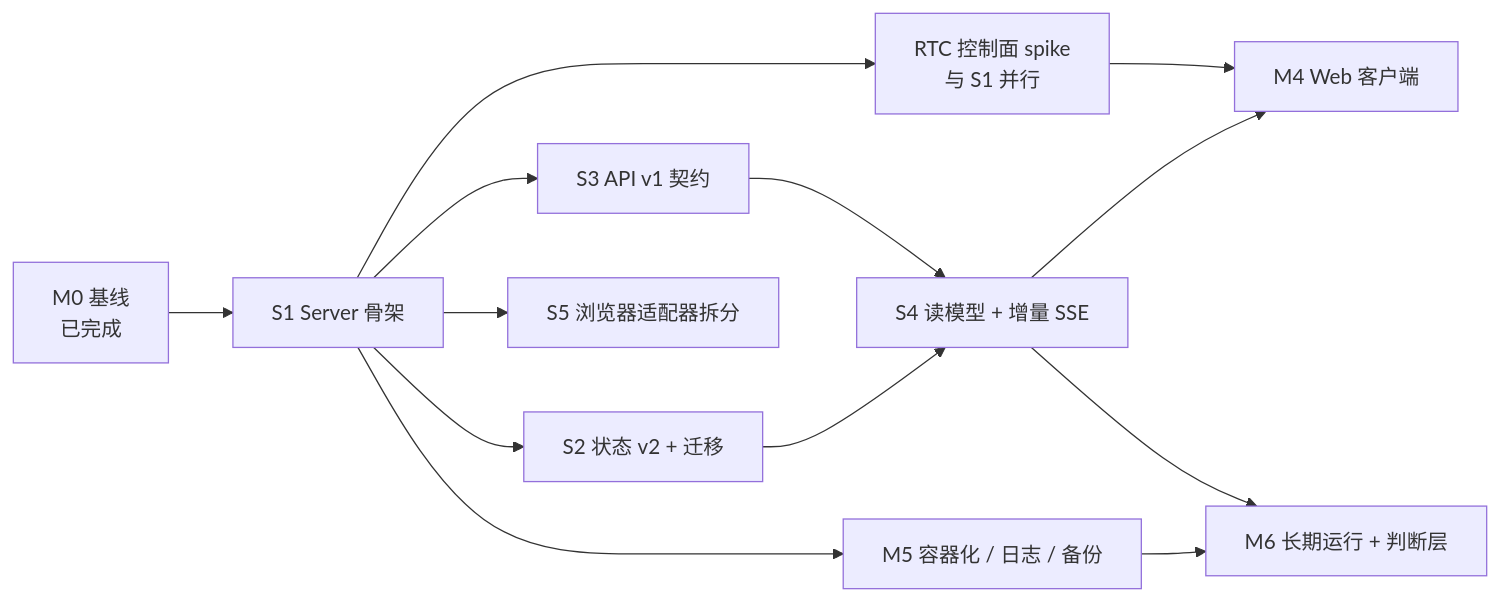
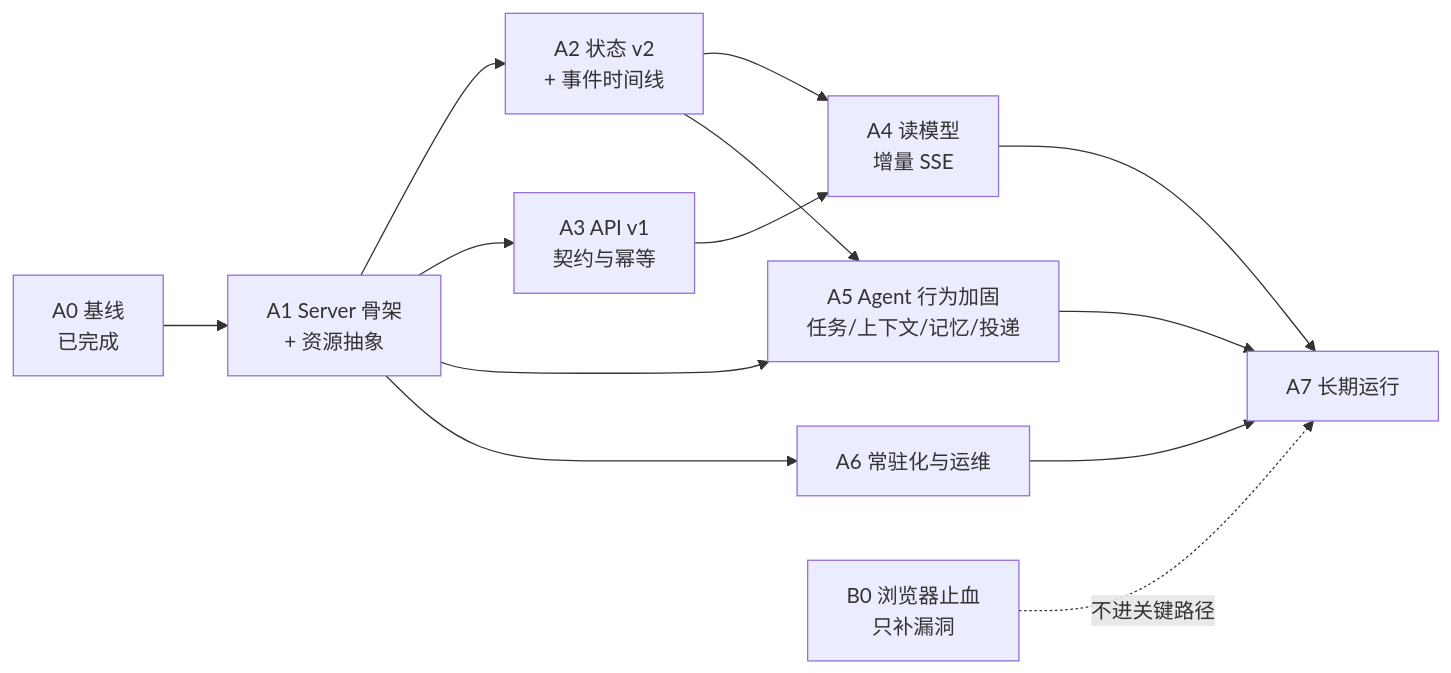
Before and after one commit to YS-BW/Point: the diagram in docs/design/roadmap.md, drawn with Mermaid. The commit also changed other lines of this file and 3 other files, not shown here.

First line of the commit message:
docs: prioritize agent core, defer native RTC integration

````diff
--- a/docs/design/roadmap.md
+++ b/docs/design/roadmap.md
@@ -21,15 +31,15 @@
 ```mermaid
 flowchart LR
-    M0[M0 基线<br/>已完成] --> S1[S1 Server 骨架]
-    S1 --> S2[S2 状态 v2 + 迁移]
-    S1 --> S3[S3 API v1 契约]
-    S2 --> S4[S4 读模型 + 增量 SSE]
-    S3 --> S4
-    S1 --> S5[S5 浏览器适配器拆分]
-    S1 --> M5[M5 容器化 / 日志 / 备份]
-    S1 --> RTC[RTC 控制面 spike<br/>与 S1 并行]
-    S4 --> M4[M4 Web 客户端]
-    RTC --> M4
-    M5 --> M6[M6 长期运行 + 判断层]
-    S4 --> M6
+    A0[A0 基线<br/>已完成] --> A1[A1 Server 骨架<br/>+ 资源抽象]
+    A1 --> A2[A2 状态 v2<br/>+ 事件时间线]
+    A1 --> A3[A3 API v1<br/>契约与幂等]
+    A2 --> A4[A4 读模型<br/>增量 SSE]
+    A3 --> A4
+    A1 --> A5[A5 Agent 行为加固<br/>任务/上下文/记忆/投递]
+    A2 --> A5
+    A1 --> A6[A6 常驻化与运维]
+    A4 --> A7[A7 长期运行]
+    A5 --> A7
+    A6 --> A7
+    B0[B0 浏览器止血<br/>只补漏洞] -.不进关键路径.-> A7
 ```
````
